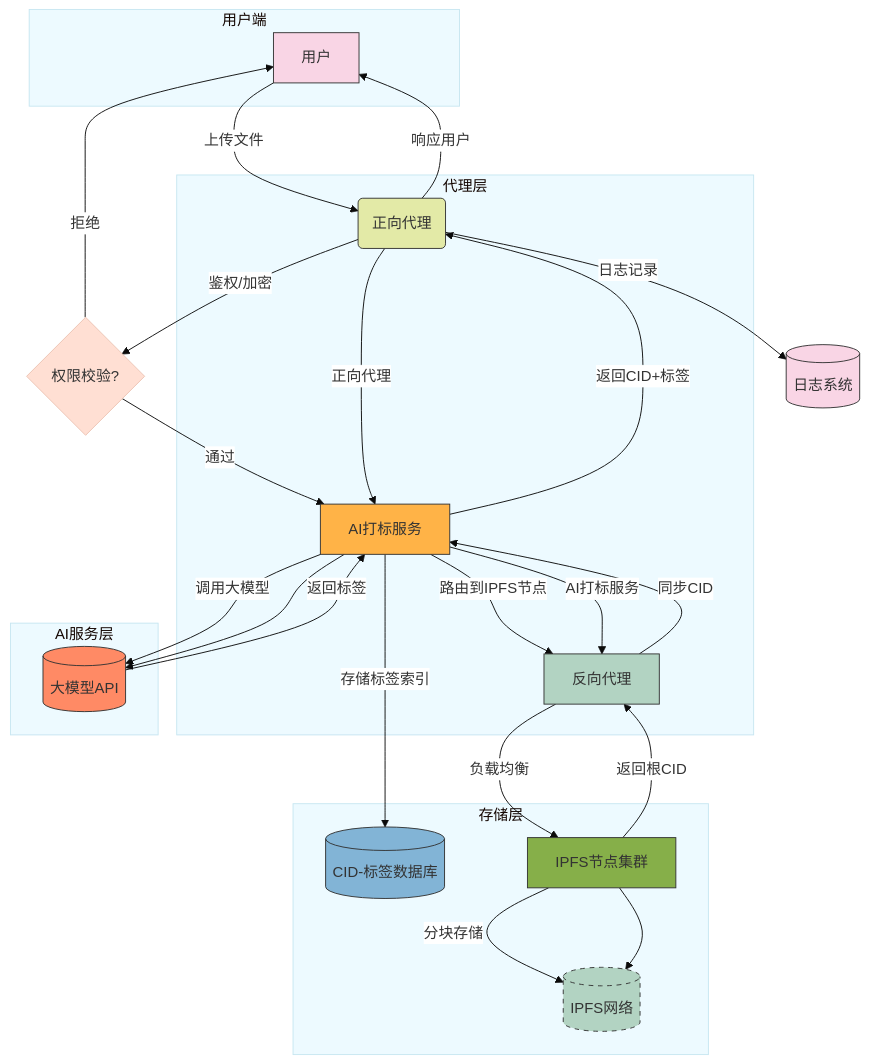
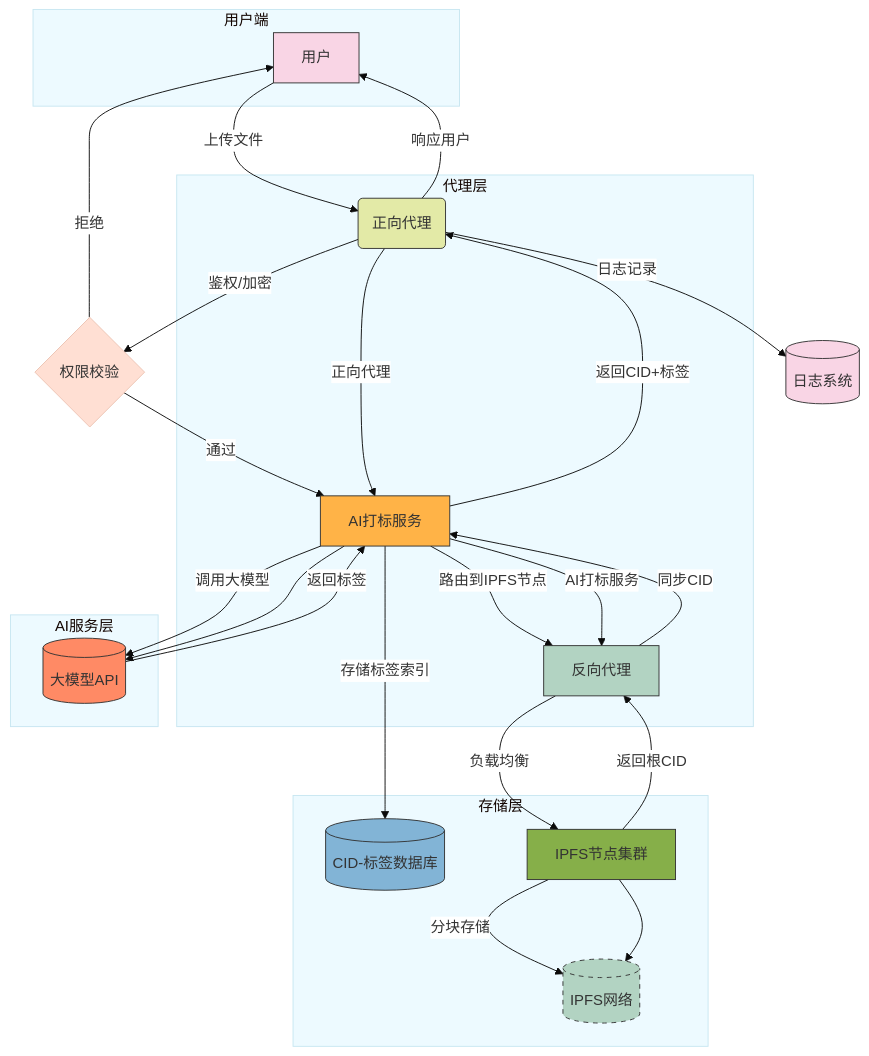
Before and after one commit to OSH-2025/MicroRust: the second of 2 diagrams in docs/research/research_MicroRust.md, drawn with Mermaid. The commit also changed other lines of this file and 35 other files, not shown here.

````diff
--- a/docs/research/research_MicroRust.md
+++ b/docs/research/research_MicroRust.md
@@ -560,47 +483,47 @@
-	  ```mermaid
-	  %%{init: {'theme': 'base', 'themeVariables': { 'primaryColor': '#ffdfd3', 'edgeLabelBackground':'#fff'}}}%%
-	  flowchart TD
-		  A[用户] -->|上传文件| B(正向代理)
-		  B -->|鉴权/加密| C{权限校验?}
-		  C -->|通过| D[AI打标服务]
-		  C -->|拒绝| A
-		  D -->|调用大模型| E[(大模型API)]
-		  E -->|返回标签| D
-		  D -->|存储标签索引| F[(CID-标签数据库)]
-		  D -->|路由到IPFS节点| G[反向代理]
-		  G -->|负载均衡| H[IPFS节点集群]
-		  H -->|分块存储| I[(IPFS网络)]
-		  H -->|返回根CID| G
-		  G -->|同步CID| D
-		  D -->|返回CID+标签| B
-		  B -->|日志记录| J[(日志系统)]
-		  B -->|响应用户| A
-	  
-		  subgraph 用户端
-			  A
-		  end
-	  
-		  subgraph 代理层
-			  B -->|正向代理| D
-			  D -->|AI打标服务| G
-		  end
-	  
-		  subgraph AI服务层
-			  D --> E
-		  end
-	  
-		  subgraph 存储层
-			  H --> I
-			  F
-		  end
-	  
-		  style A fill:#f9d5e5,stroke:#333
-		  style B fill:#e3eaa7,stroke:#333
-		  style D fill:#ffb347,stroke:#333
-		  style G fill:#b2d3c2,stroke:#333
-		  style H fill:#86af49,stroke:#333
-		  style I fill:#b2d3c2,stroke:#333,stroke-dasharray: 5
-		  style E fill:#ff8a65,stroke:#333
-		  style F fill:#82b4d6,stroke:#333
-		  style J fill:#f9d5e5,stroke:#333
-	  ```
+```mermaid
+      %%{init: {'theme': 'base', 'themeVariables': { 'primaryColor': '#ffdfd3', 'edgeLabelBackground':'#fff'}}}%%
+      flowchart TD
+          A[用户] -->|上传文件| B(正向代理)
+          B -->|鉴权/加密| C{权限校验}
+          C -->|通过| D[AI打标服务]
+          C -->|拒绝| A
+          D -->|调用大模型| E[(大模型API)]
+          E -->|返回标签| D
+          D -->|存储标签索引| F[(CID-标签数据库)]
+          D -->|路由到IPFS节点| G[反向代理]
+          G -->|负载均衡| H[IPFS节点集群]
+          H -->|分块存储| I[(IPFS网络)]
+          H -->|返回根CID| G
+          G -->|同步CID| D
+          D -->|返回CID+标签| B
+          B -->|日志记录| J[(日志系统)]
+          B -->|响应用户| A
+      
+          subgraph 用户端
+              A
+          end
+      
+          subgraph 代理层
+              B -->|正向代理| D
+              D -->|AI打标服务| G
+          end
+      
+          subgraph AI服务层
+              D --> E
+          end
+      
+          subgraph 存储层
+              H --> I
+              F
+          end
+      
+          style A fill:#f9d5e5,stroke:#333
+          style B fill:#e3eaa7,stroke:#333
+          style D fill:#ffb347,stroke:#333
+          style G fill:#b2d3c2,stroke:#333
+          style H fill:#86af49,stroke:#333
+          style I fill:#b2d3c2,stroke:#333,stroke-dasharray: 5
+          style E fill:#ff8a65,stroke:#333
+          style F fill:#82b4d6,stroke:#333
+          style J fill:#f9d5e5,stroke:#333
+```
````
